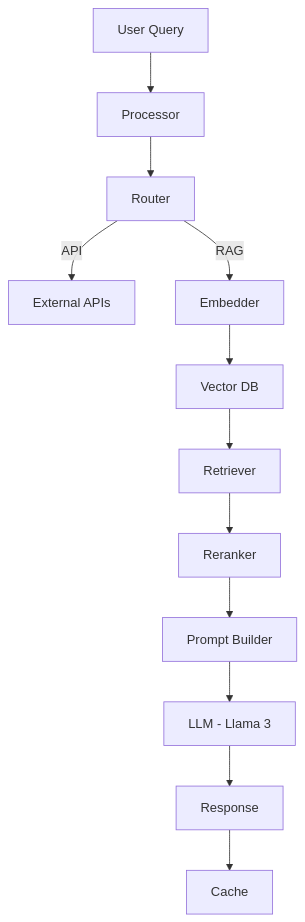
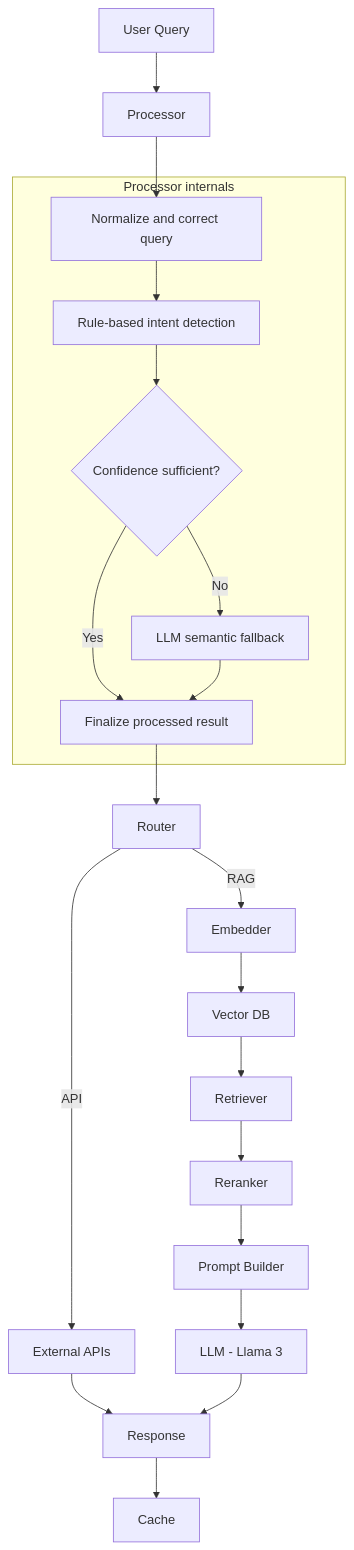
One commit to trantran2929/RAG_CHATBOT changed the diagram in README.md. Above: the diagram before and after it, drawn with Mermaid. The commit also changed other lines of this file and 129 other files, not shown here.

````diff
--- a/README.md
+++ b/README.md
@@ -41,18 +41,34 @@
 ```mermaid
-    flowchart TD
-      A[User Query] --> B[Processor]
-      B --> C[Router]
-  
-      C -->|API| D[External APIs]
-      C -->|RAG| E[Embedder]
-  
-      E --> F[Vector DB]
-      F --> G[Retriever]
-      G --> H[Reranker]
-  
-      H --> I[Prompt Builder]
-      I --> J[LLM - Llama 3]
-  
-      J --> K[Response]
-      K --> L[Cache]
+flowchart TD
+    A[User Query] --> B[Processor]
+
+    subgraph P[Processor internals]
+        B1[Normalize and correct query]
+        B2[Rule-based intent detection]
+        B3{Confidence sufficient?}
+        B4[LLM semantic fallback]
+        B5[Finalize processed result]
+
+        B1 --> B2
+        B2 --> B3
+        B3 -->|Yes| B5
+        B3 -->|No| B4
+        B4 --> B5
+    end
+
+    B --> B1
+    B5 --> C[Router]
+
+    C -->|API| D[External APIs]
+    C -->|RAG| E[Embedder]
+
+    E --> F[Vector DB]
+    F --> G[Retriever]
+    G --> H[Reranker]
+    H --> I[Prompt Builder]
+    I --> J[LLM - Llama 3]
+
+    D --> K[Response]
+    J --> K
+    K --> L[Cache]
 ```
````
